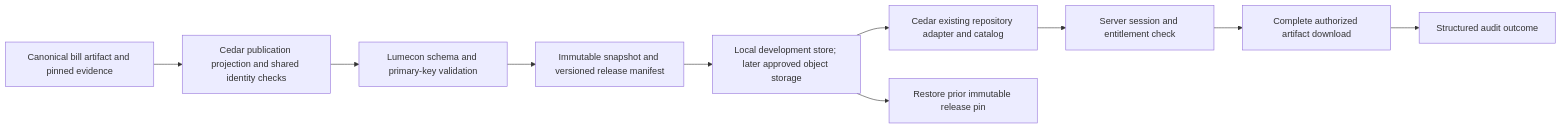
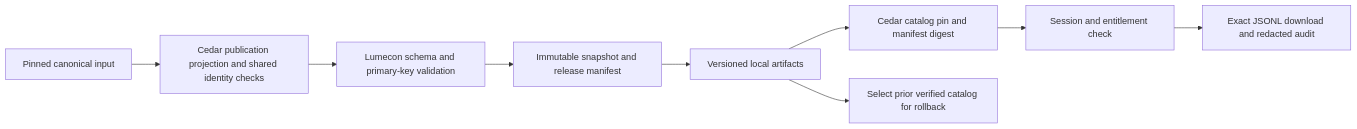
Before and after one commit to teim-team/cedar-press: the diagram in docs/HAVALA_INFRASTRUCTURE_REVIEW.md, drawn with Mermaid. The commit also changed other lines of this file and 1 other file, not shown here.

````diff
--- a/docs/HAVALA_INFRASTRUCTURE_REVIEW.md
+++ b/docs/HAVALA_INFRASTRUCTURE_REVIEW.md
@@ -116,12 +32,11 @@
 ```mermaid
 flowchart LR
-  A[Canonical bill artifact and pinned evidence] --> B[Cedar publication projection and shared identity checks]
+  A[Pinned canonical input] --> B[Cedar publication projection and shared identity checks]
   B --> C[Lumecon schema and primary-key validation]
-  C --> D[Immutable snapshot and versioned release manifest]
-  D --> E[Local development store; later approved object storage]
-  E --> F[Cedar existing repository adapter and catalog]
-  F --> G[Server session and entitlement check]
-  G --> H[Complete authorized artifact download]
-  H --> I[Structured audit outcome]
-  E --> J[Restore prior immutable release pin]
+  C --> D[Immutable snapshot and release manifest]
+  D --> E[Versioned local artifacts]
+  E --> F[Cedar catalog pin and manifest digest]
+  F --> G[Session and entitlement check]
+  G --> H[Exact JSONL download and redacted audit]
+  E --> I[Select prior verified catalog for rollback]
 ```
````
